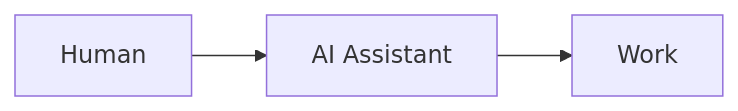
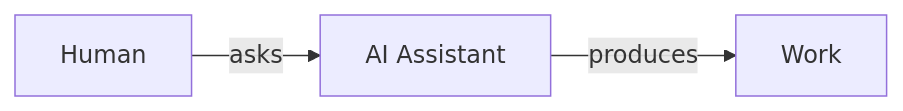
The first of 5 diagrams in app/blog/posts/beyond_ai_coworkers.org (bbw9n/bbw9n.io), drawn with Mermaid before and after one commit. The commit also changed other lines of this file, not shown here.

```diff
--- a/app/blog/posts/beyond_ai_coworkers.org
+++ b/app/blog/posts/beyond_ai_coworkers.org
@@ -12,10 +9,4 @@
 #+begin_src mermaid
 flowchart LR
-H[Human]
-A[AI Assistant]
-W[Work]
-
-H --> A
-A --> W
-
+    H[Human] -->|asks| A[AI Assistant] -->|produces| W[Work]
 #+end_src
```
